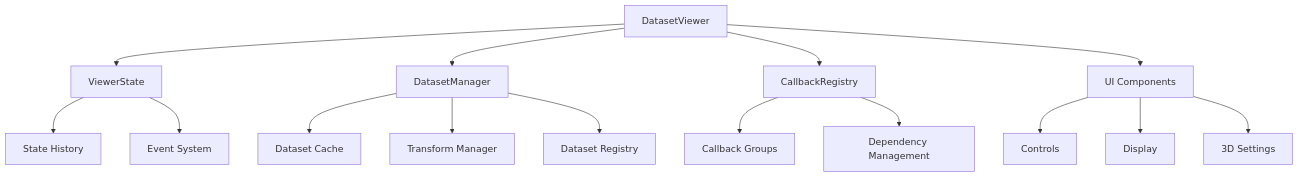
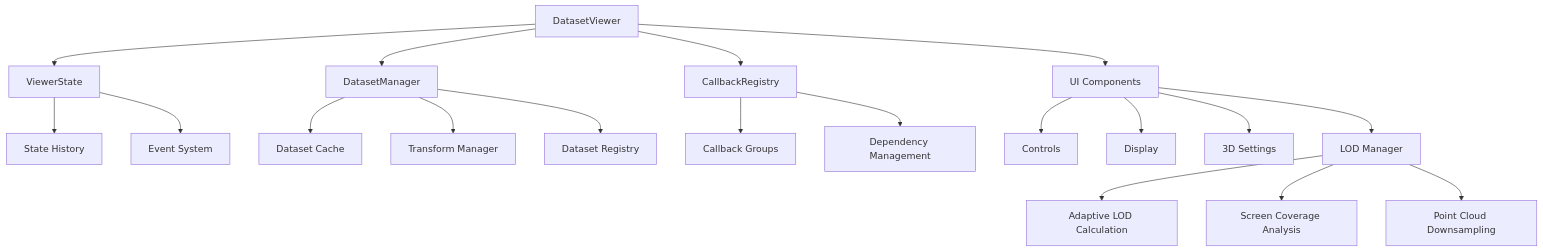
The first of 4 diagrams in docs/data/viewer/architecture.md (danielmao2019/Pylon), drawn with Mermaid before and after one commit. The commit also changed other lines of this file and 57 other files, not shown here.

Commit message:
[Data][Viewer] Implement LOD for point cloud rendering and code restructure (#264)

````diff
--- a/docs/data/viewer/architecture.md
+++ b/docs/data/viewer/architecture.md
@@ -9,21 +9,26 @@
 ```mermaid
 graph TD
     A[DatasetViewer] --> B[ViewerState]
     A --> C[DatasetManager]
     A --> D[CallbackRegistry]
     A --> E[UI Components]
 
     B --> F[State History]
     B --> G[Event System]
 
     C --> H[Dataset Cache]
     C --> I[Transform Manager]
     C --> J[Dataset Registry]
 
     D --> K[Callback Groups]
     D --> L[Dependency Management]
 
     E --> M[Controls]
     E --> N[Display]
     E --> O[3D Settings]
+    E --> P[LOD Manager]
+    
+    P --> Q[Adaptive LOD Calculation]
+    P --> R[Screen Coverage Analysis]
+    P --> S[Point Cloud Downsampling]
 ```
````
